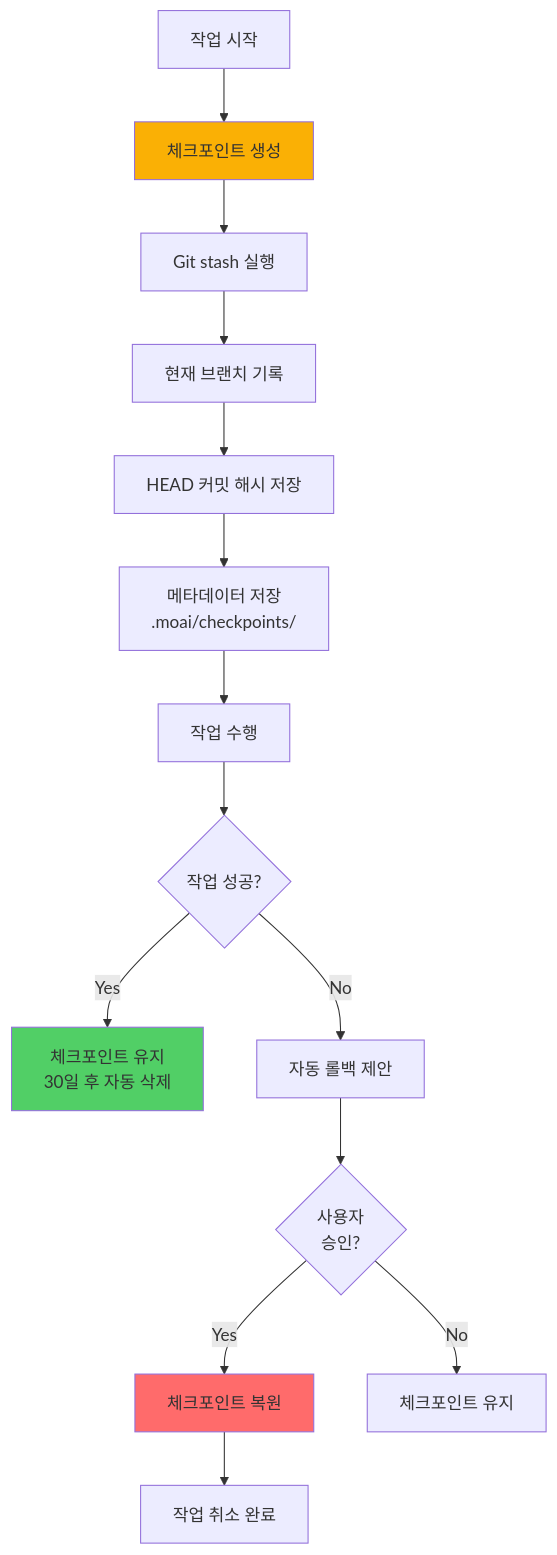
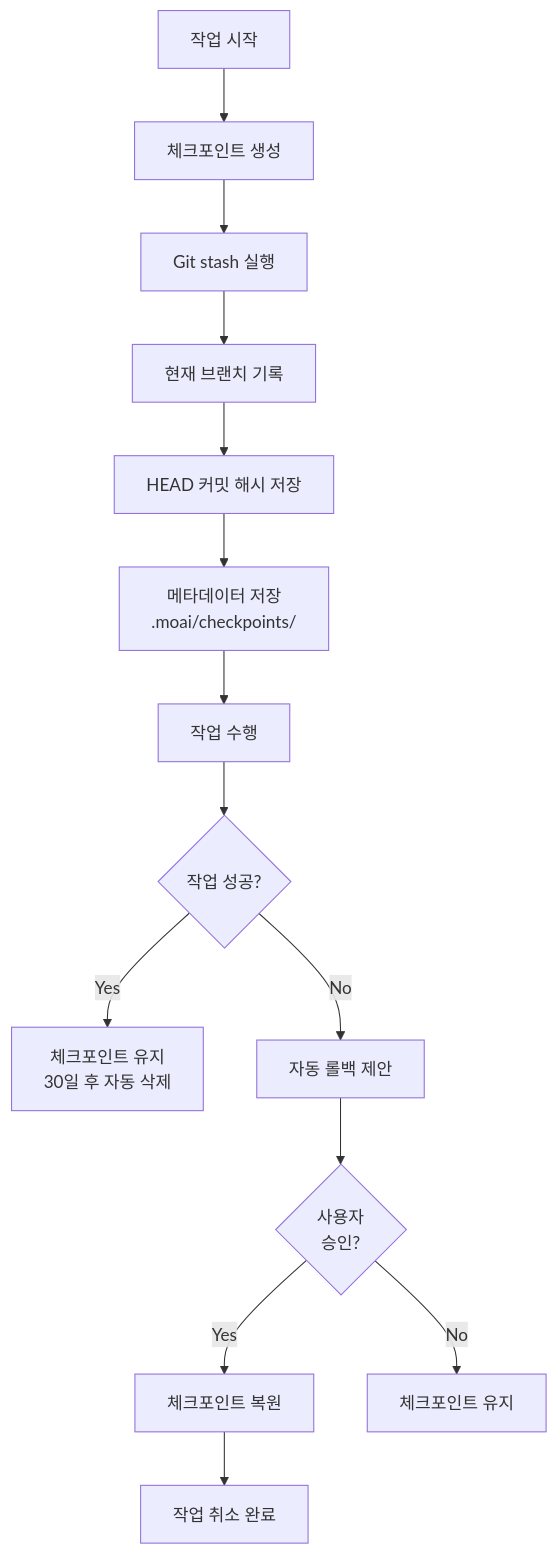
Before and after one commit to modu-ai/moai-adk: the sixth of 6 diagrams in docs/claude/agents/git-manager.md, drawn with Mermaid. The commit also changed other lines of this file and 299 other files, not shown here.

First line of the commit message:
🎨 feat: Mermaid 다크/라이트 테마 대응 + trust-checker 통합

````diff
--- a/docs/claude/agents/git-manager.md
+++ b/docs/claude/agents/git-manager.md
@@ -502,25 +499,22 @@
 ```mermaid
 flowchart TD
     A[작업 시작] --> B[체크포인트 생성]
     B --> C[Git stash 실행]
     C --> D[현재 브랜치 기록]
     D --> E[HEAD 커밋 해시 저장]
     E --> F[메타데이터 저장<br/>.moai/checkpoints/]
 
     F --> G[작업 수행]
 
     G --> H{작업 성공?}
 
     H -->|Yes| I[체크포인트 유지<br/>30일 후 자동 삭제]
     H -->|No| J[자동 롤백 제안]
 
     J --> K{사용자<br/>승인?}
     K -->|Yes| L[체크포인트 복원]
     K -->|No| M[체크포인트 유지]
 
     L --> N[작업 취소 완료]
 
-    style B fill:#fab005
-    style L fill:#ff6b6b
-    style I fill:#51cf66
 ```
````
